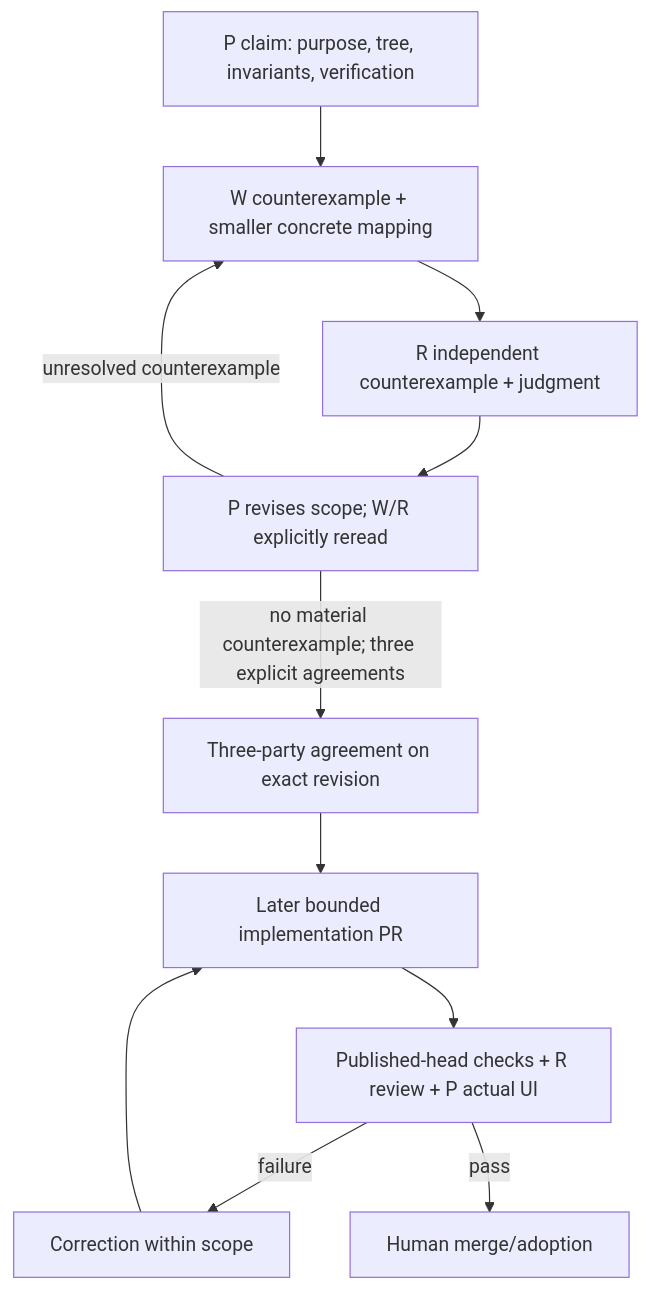
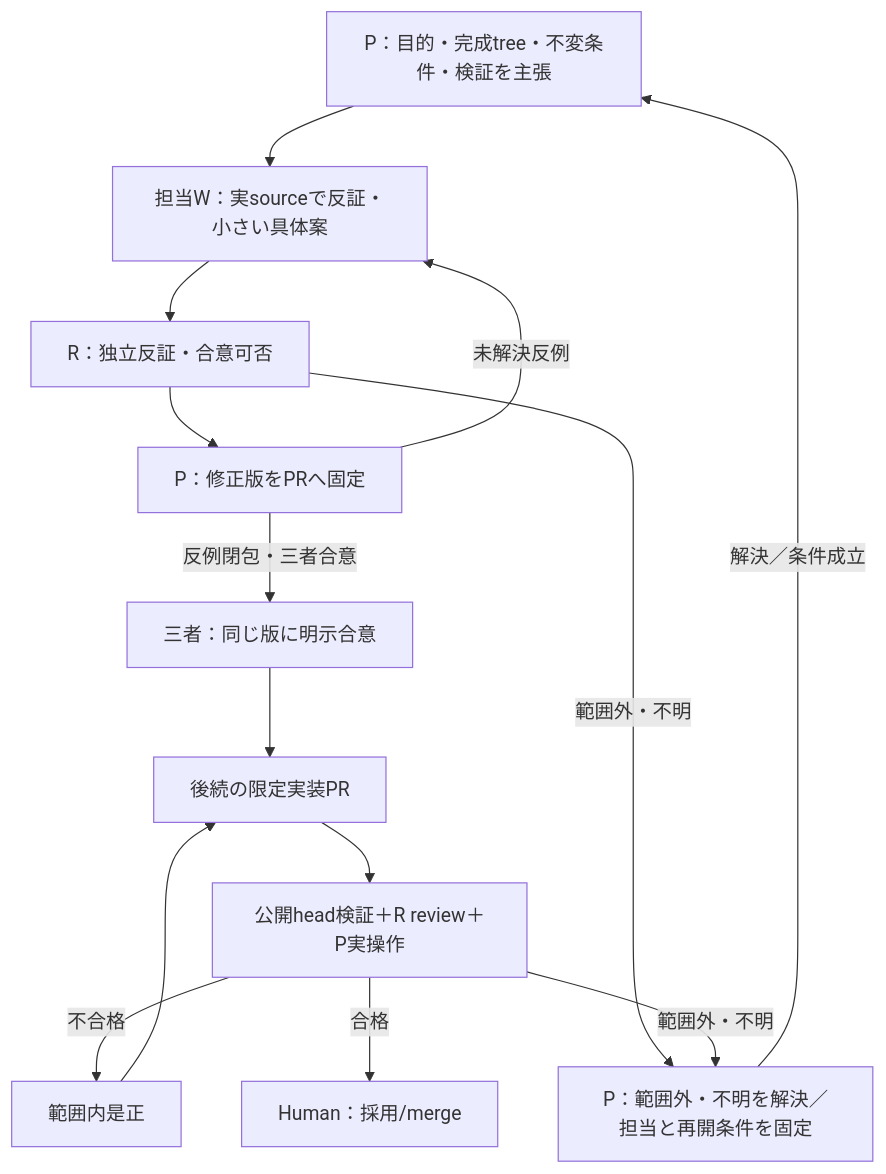
One commit to roccho-dev/ui changed the diagram in docs/proposals/atlas-foundation-scope-321-322-328-327.md. Above: the diagram before and after it, drawn with Mermaid. The commit also changed other lines of this file, not shown here.

````diff
--- a/docs/proposals/atlas-foundation-scope-321-322-328-327.md
+++ b/docs/proposals/atlas-foundation-scope-321-322-328-327.md
@@ -131,19 +166,23 @@
 ```mermaid
 flowchart TD
-  P["P claim: purpose, tree, invariants, verification"]
-  W["W counterexample + smaller concrete mapping"]
-  R["R independent counterexample + judgment"]
-  C["P revises scope; W/R explicitly reread"]
-  A["Three-party agreement on exact revision"]
-  I["Later bounded implementation PR"]
-  V["Published-head checks + R review + P actual UI"]
-  F["Correction within scope"]
-  G["Human merge/adoption"]
+  P["P：目的・完成tree・不変条件・検証を主張"]
+  W["担当W：実sourceで反証・小さい具体案"]
+  R["R：独立反証・合意可否"]
+  C["P：修正版をPRへ固定"]
+  A["三者：同じ版に明示合意"]
+  I["後続の限定実装PR"]
+  V["公開head検証＋R review＋P実操作"]
+  F["範囲内是正"]
+  U["Human：採用/merge"]
+  H["P：範囲外・不明を解決／担当と再開条件を固定"]
 
   P --> W --> R --> C
-  C -- unresolved counterexample --> W
-  C -- no material counterexample; three explicit agreements --> A
+  C -- 未解決反例 --> W
+  C -- 反例閉包・三者合意 --> A
   A --> I --> V
-  V -- failure --> F --> I
-  V -- pass --> G
+  V -- 不合格 --> F --> I
+  V -- 合格 --> U
+  R -- 範囲外・不明 --> H
+  V -- 範囲外・不明 --> H
+  H -- 解決／条件成立 --> P
 ```
````
